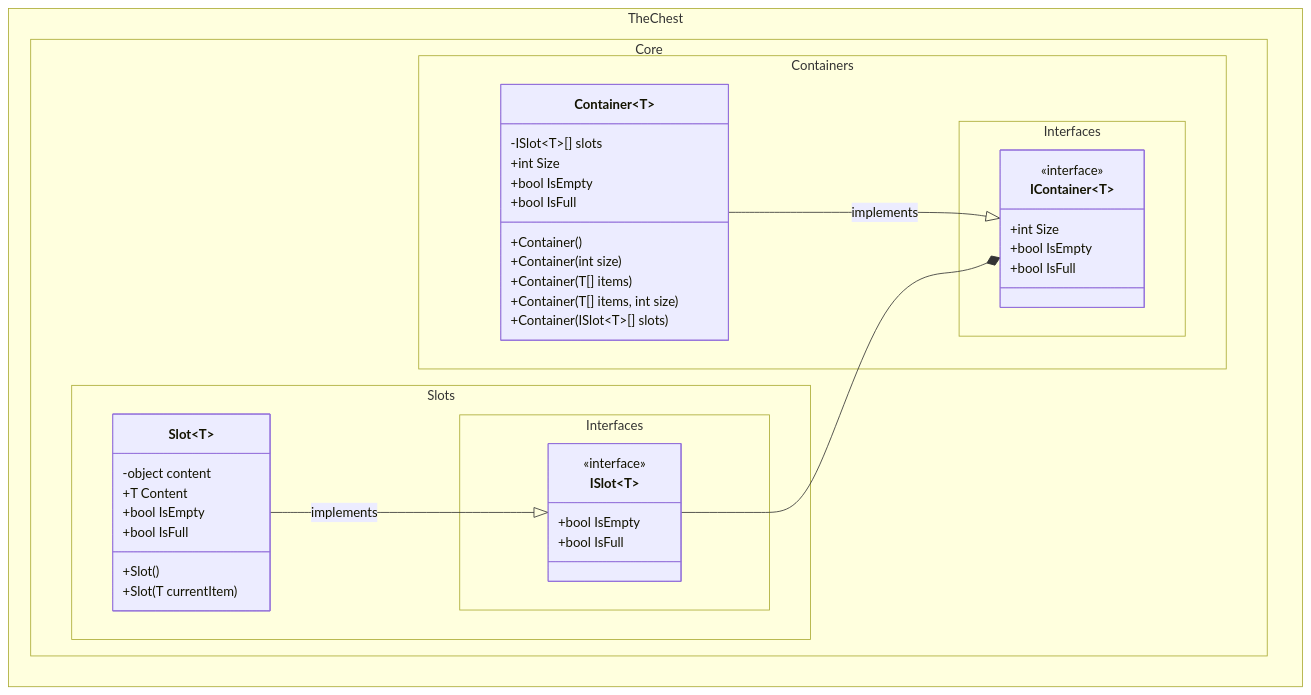
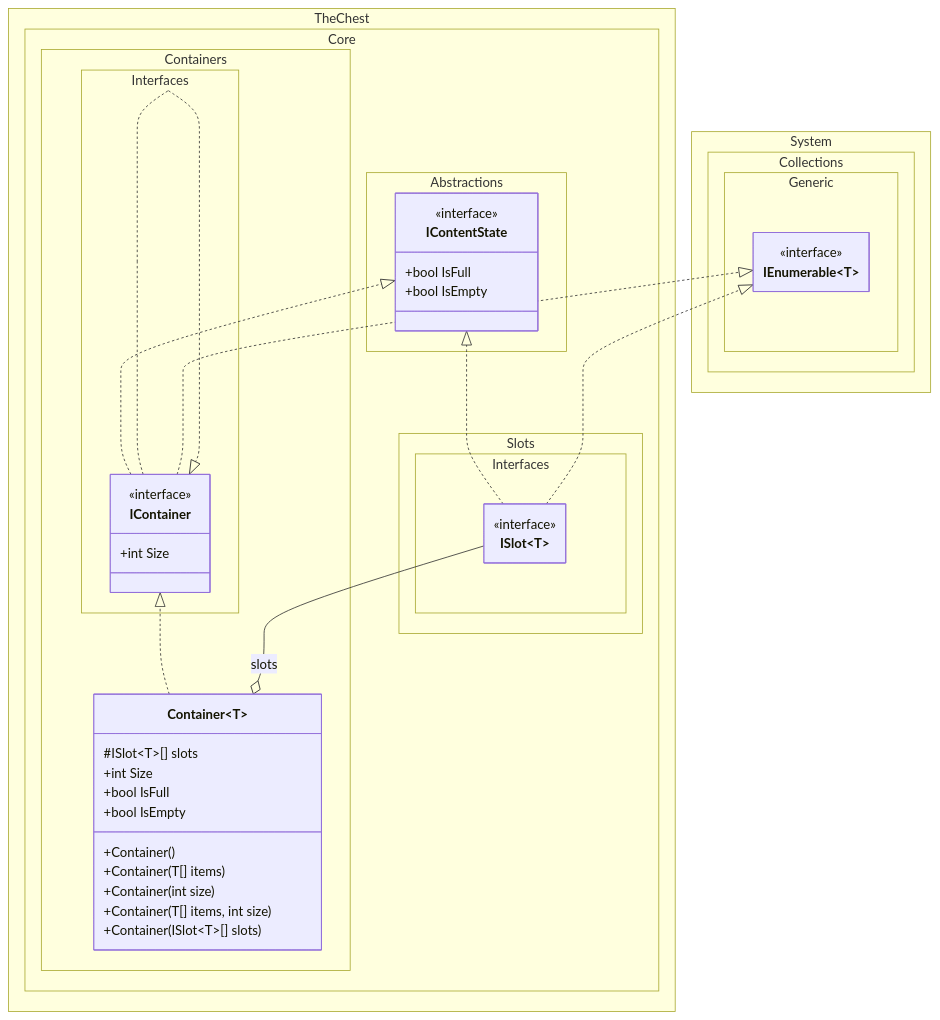
The first of 5 diagrams in docs/class_diagram.md (The-Chest/TheChest.Core), drawn with Mermaid before and after one commit. The commit also changed other lines of this file and 18 other files, not shown here.

Commit message:
Adds IEnumerable implementation to Container

````diff
--- a/docs/class_diagram.md
+++ b/docs/class_diagram.md
@@ -9,60 +9,57 @@
 ```mermaid
 ---
 config:
   theme: mc
   look: classic
   class:
     hideEmptyMembersBox: true
 ---
 classDiagram
 direction BT
-	namespace TheChest.Core.Containers.Interfaces {
+    namespace TheChest.Core.Abstractions {
+        class IContentState {
+            <<interface>>
+            +bool IsFull
+            +bool IsEmpty
+        }
+        class IContainer {
+            <<interface>>
+            +int Size
+        }
+    }
+    namespace TheChest.Core.Containers.Interfaces {
         class IContainer~T~ {
-	        +int Size
-	        +bool IsEmpty
-	        +bool IsFull
+            <<interface>>
         }
-	}
-	namespace TheChest.Core.Slots.Interfaces {
+    }
+    namespace System.Collections.Generic {
+        class IEnumerable~T~ {
+            <<interface>>
+        }
+    }
+    namespace TheChest.Core.Slots.Interfaces {
         class ISlot~T~ {
-	        +bool IsEmpty
-	        +bool IsFull
+            <<interface>>
         }
-	}
-	namespace TheChest.Core.Containers {
+    }
+    namespace TheChest.Core.Containers {
         class Container~T~ {
-			-ISlot~T~[] slots
-
-	        +int Size
-	        +bool IsEmpty
-	        +bool IsFull
-
-			+Container()
-			+Container(int size)
-			+Container(T[] items)
-			+Container(T[] items, int size)
-			+Container(ISlot~T~[] slots)
-
+            #ISlot~T~[] slots
+            +int Size
+            +bool IsFull
+            +bool IsEmpty
+            +Container()
+            +Container(T[] items)
+            +Container(int size)
+            +Container(T[] items, int size)
+            +Container(ISlot~T~[] slots)
         }
-	}
-	namespace TheChest.Core.Slots {
-        class Slot~T~ {
-			-object content
-			+T Content
-
-			+Slot()
-			+Slot(T currentItem)
-
-			+bool IsEmpty
-			+bool IsFull
-
-        }
-	}
-
-	<<interface>> IContainer
-	<<interface>> ISlot
-
-    Container --|> IContainer : implements
-    ISlot --* IContainer
-    Slot --|> ISlot : implements
+    }
+    IContainer ..|> IContentState
+    IContainer~T~ ..|> IContainer
+    IContainer~T~ ..|> IEnumerable~T~
+    ISlot~T~ ..|> IContentState
+    ISlot~T~ ..|> IEnumerable~T~
+    Container~T~ ..|> IContainer~T~
+    Container~T~ o-- ISlot~T~ : slots
 ```
````
